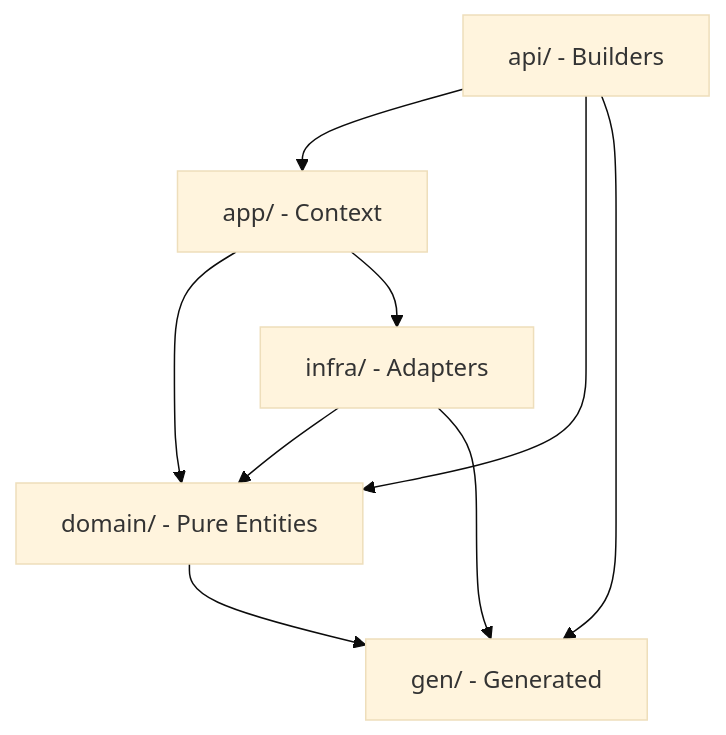
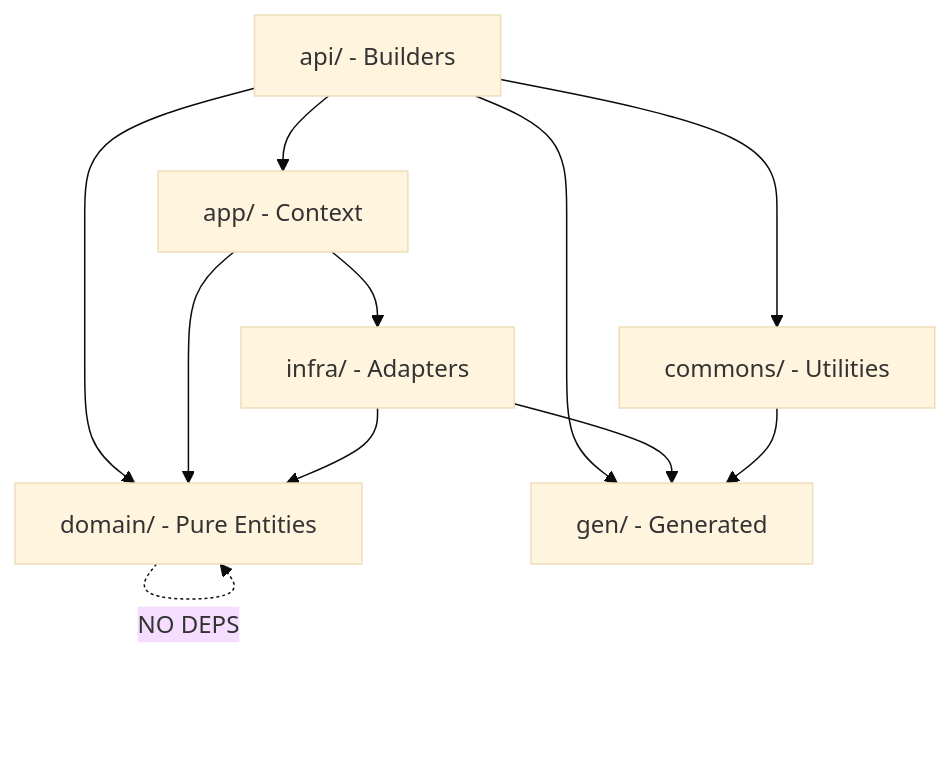
The diagram in _projects/2026-02/20260205.01.sdk-all-resources/plans/sdk_layer_reorganization_d0769037.plan.md (stigmer/stigmer), drawn with Mermaid (base theme) before and after one commit. The commit also changed other lines of this file and 52 other files, not shown here.

First line of the commit message:
feat(sdk): create unified commons/ref package for API resource references

````diff
--- a/_projects/2026-02/20260205.01.sdk-all-resources/plans/sdk_layer_reorganization_d0769037.plan.md
+++ b/_projects/2026-02/20260205.01.sdk-all-resources/plans/sdk_layer_reorganization_d0769037.plan.md
@@ -106,17 +142,21 @@
 ```mermaid
 flowchart TD
     API[api/ - Builders]
     APP[app/ - Context]
     DOMAIN[domain/ - Pure Entities]
+    COMMONS[commons/ - Utilities]
     INFRA[infra/ - Adapters]
     GEN[gen/ - Generated]
     
     API --> APP
     API --> DOMAIN
+    API --> COMMONS
     API --> GEN
     APP --> DOMAIN
     APP --> INFRA
     INFRA --> DOMAIN
     INFRA --> GEN
-    DOMAIN --> GEN
+    COMMONS --> GEN
+    
+    DOMAIN -.->|NO DEPS| DOMAIN
 ```
````
